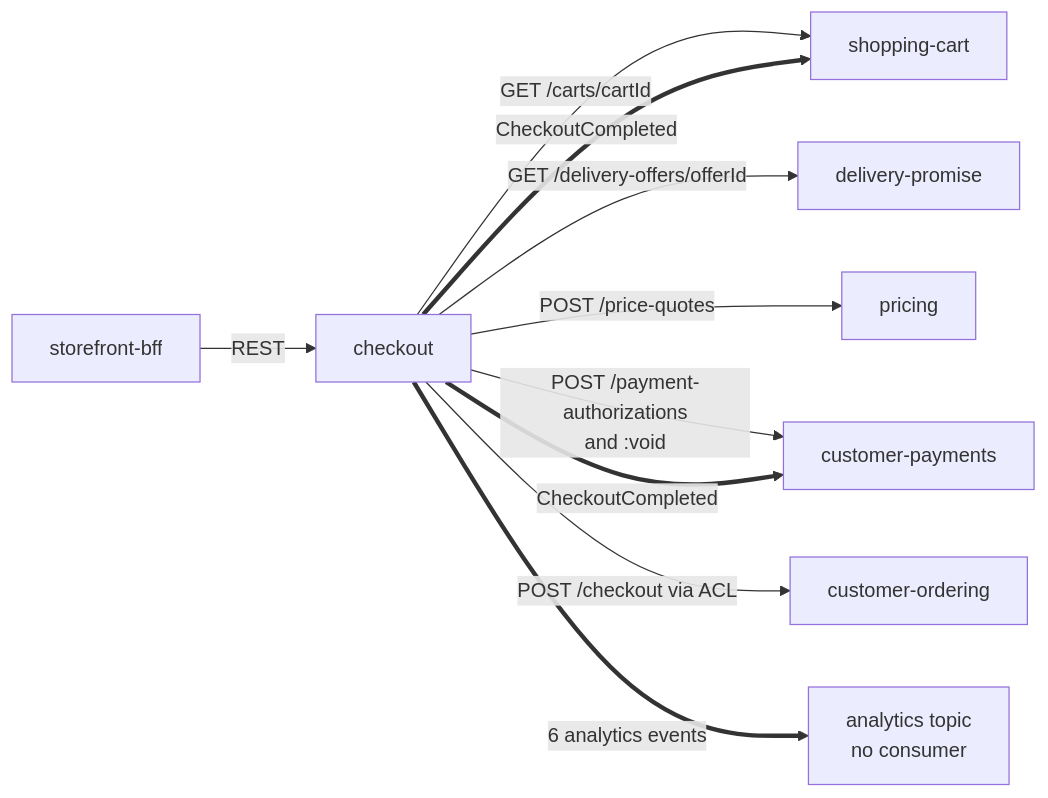
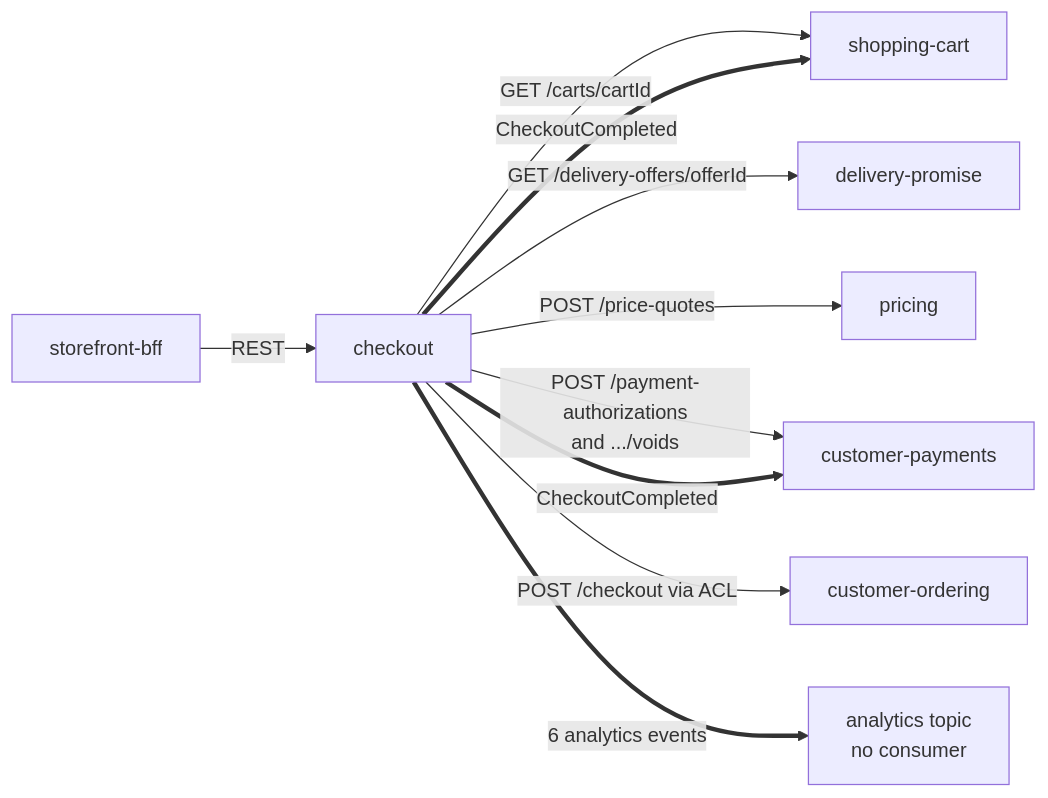
The diagram in docs/docs/ecosystem/integration.md (IQVO/checkout), drawn with Mermaid before and after one commit. The commit also changed other lines of this file and 30 other files, not shown here.

````diff
--- a/docs/docs/ecosystem/integration.md
+++ b/docs/docs/ecosystem/integration.md
@@ -18,12 +18,12 @@
 ```mermaid
 flowchart LR
   bff["storefront-bff"] -->|"REST"| ck["checkout"]
   ck -->|"GET /carts/cartId"| sc["shopping-cart"]
   ck -->|"GET /delivery-offers/offerId"| dp["delivery-promise"]
   ck -->|"POST /price-quotes"| pr["pricing"]
-  ck -->|"POST /payment-authorizations<br/>and :void"| cp["customer-payments"]
+  ck -->|"POST /payment-authorizations<br/>and .../voids"| cp["customer-payments"]
   ck -->|"POST /checkout via ACL"| co["customer-ordering"]
   ck ==>|"CheckoutCompleted"| sc
   ck ==>|"CheckoutCompleted"| cp
   ck ==>|"6 analytics events"| an["analytics topic<br/>no consumer"]
 ```
````
